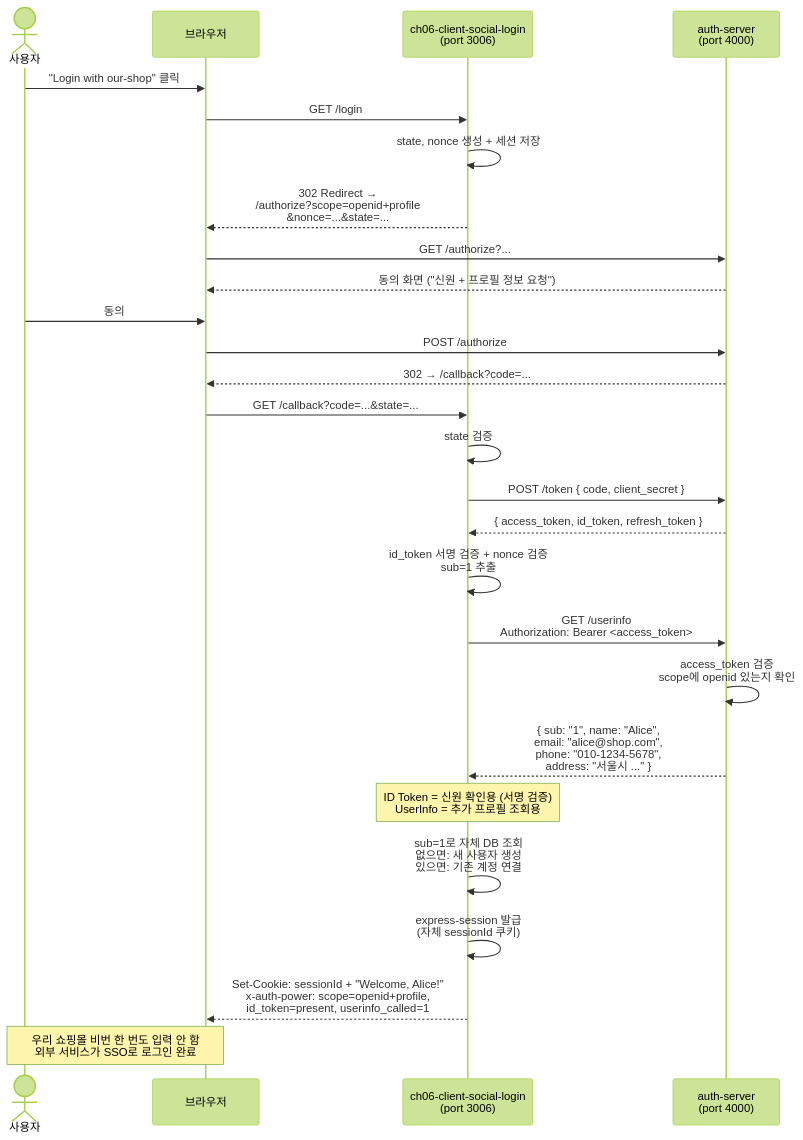
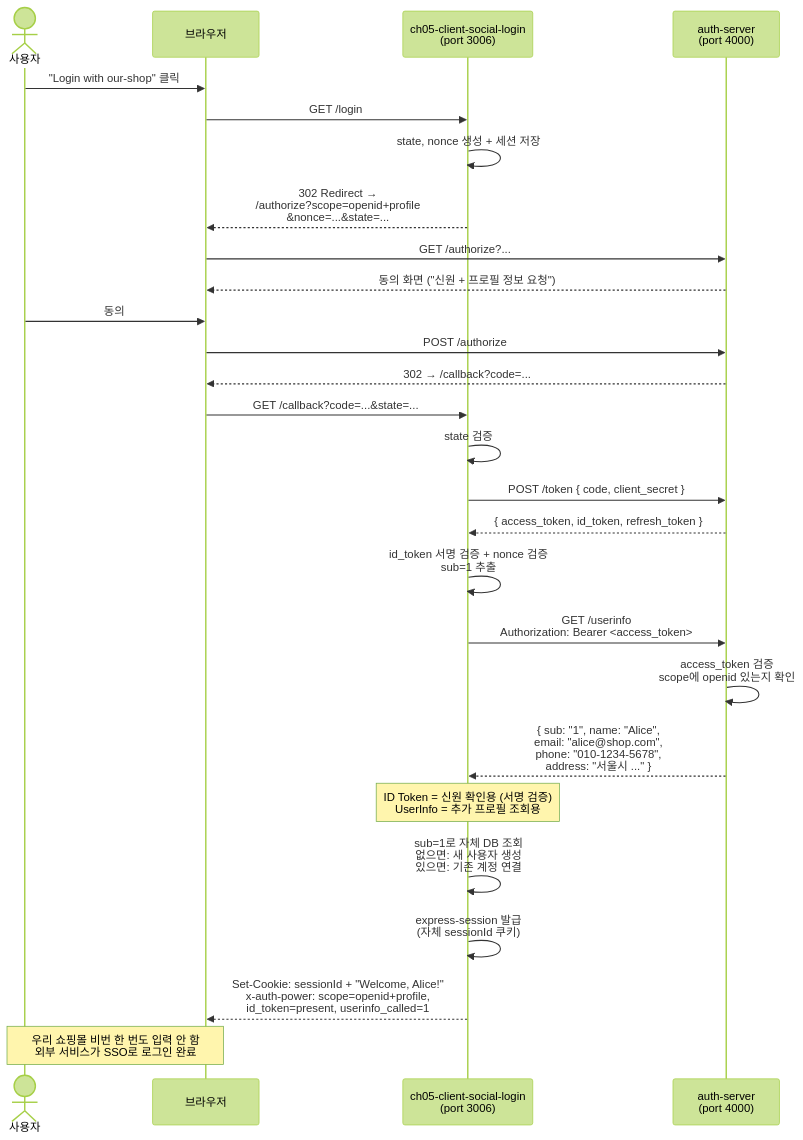
One commit to jkpark104/db-with-nestjs changed the sixth of 6 diagrams in docs/superpowers/specs/2026-04-28-jwt-oauth-oidc-lecture-suite-design.md. Above: the diagram before and after it, drawn with Mermaid (forest theme). The commit also changed other lines of this file, not shown here.

Commit message:
docs(spec): remove M2M (Client Credentials) scenario, renumber Ch05→Ch04 Ch06→Ch05

````diff
--- a/docs/superpowers/specs/2026-04-28-jwt-oauth-oidc-lecture-suite-design.md
+++ b/docs/superpowers/specs/2026-04-28-jwt-oauth-oidc-lecture-suite-design.md
@@ -604,30 +546,30 @@
 ```mermaid
 sequenceDiagram
     actor U as 사용자
     participant B as 브라우저
-    participant C as ch06-client-social-login<br/>(port 3006)
+    participant C as ch05-client-social-login<br/>(port 3006)
     participant AS as auth-server<br/>(port 4000)
 
     U->>B: "Login with our-shop" 클릭
     B->>C: GET /login
     C->>C: state, nonce 생성 + 세션 저장
     C-->>B: 302 Redirect →<br/>/authorize?scope=openid+profile<br/>&nonce=...&state=...
     B->>AS: GET /authorize?...
     AS-->>B: 동의 화면 ("신원 + 프로필 정보 요청")
     U->>B: 동의
     B->>AS: POST /authorize
     AS-->>B: 302 → /callback?code=...
     B->>C: GET /callback?code=...&state=...
     C->>C: state 검증
     C->>AS: POST /token { code, client_secret }
     AS-->>C: { access_token, id_token, refresh_token }
     C->>C: id_token 서명 검증 + nonce 검증<br/>sub=1 추출
     C->>AS: GET /userinfo<br/>Authorization: Bearer <access_token>
     AS->>AS: access_token 검증<br/>scope에 openid 있는지 확인
     AS-->>C: { sub: "1", name: "Alice",<br/>  email: "alice@shop.com",<br/>  phone: "010-1234-5678",<br/>  address: "서울시 ..." }
     Note over C: ID Token = 신원 확인용 (서명 검증)<br/>UserInfo = 추가 프로필 조회용
     C->>C: sub=1로 자체 DB 조회<br/>없으면: 새 사용자 생성<br/>있으면: 기존 계정 연결
     C->>C: express-session 발급<br/>(자체 sessionId 쿠키)
     C-->>B: Set-Cookie: sessionId + "Welcome, Alice!"<br/>x-auth-power: scope=openid+profile,<br/>id_token=present, userinfo_called=1
     Note over U,B: 우리 쇼핑몰 비번 한 번도 입력 안 함<br/>외부 서비스가 SSO로 로그인 완료
 ```
````
